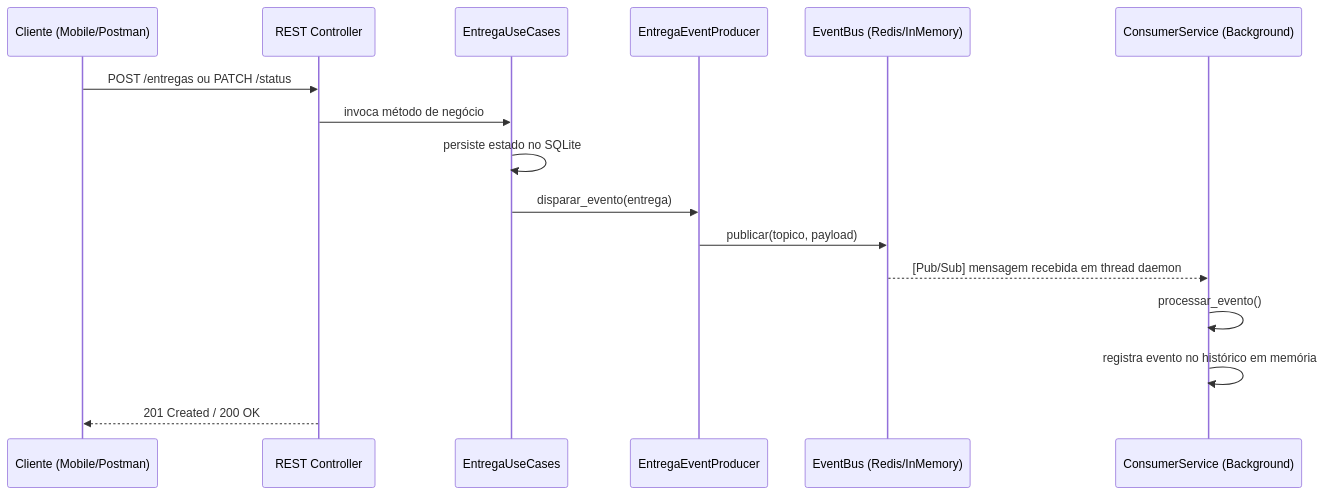
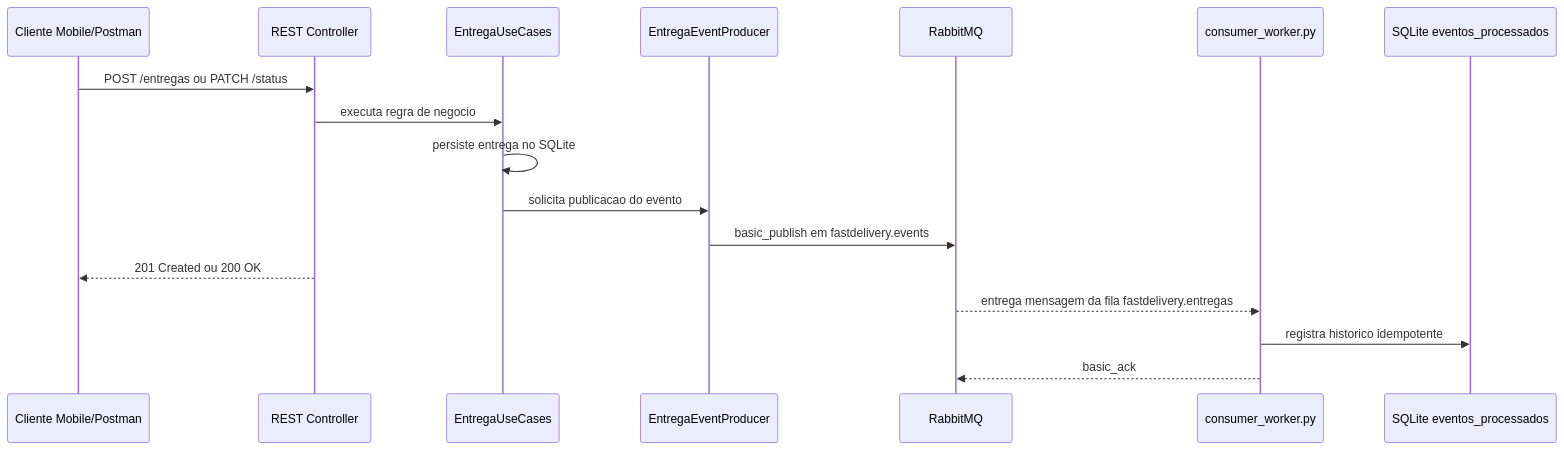
Before and after one commit to GiulianoLBP/Lab-DAMD: the diagram in docs/Sprint2/eventos.md, drawn with Mermaid. The commit also changed other lines of this file and 77 other files, not shown here.

````diff
--- a/docs/Sprint2/eventos.md
+++ b/docs/Sprint2/eventos.md
@@ -49,19 +70,20 @@
 ```mermaid
 sequenceDiagram
-    participant C as Cliente (Mobile/Postman)
+    participant C as Cliente Mobile/Postman
     participant R as REST Controller
     participant U as EntregaUseCases
     participant P as EntregaEventProducer
-    participant B as EventBus (Redis/InMemory)
-    participant S as ConsumerService (Background)
+    participant B as RabbitMQ
+    participant W as consumer_worker.py
+    participant H as SQLite eventos_processados
 
     C->>R: POST /entregas ou PATCH /status
-    R->>U: invoca método de negócio
-    U->>U: persiste estado no SQLite
-    U->>P: disparar_evento(entrega)
-    P->>B: publicar(topico, payload)
-    B-->>S: [Pub/Sub] mensagem recebida em thread daemon
-    S->>S: processar_evento()
-    S->>S: registra evento no histórico em memória
-    R-->>C: 201 Created / 200 OK
+    R->>U: executa regra de negocio
+    U->>U: persiste entrega no SQLite
+    U->>P: solicita publicacao do evento
+    P->>B: basic_publish em fastdelivery.events
+    R-->>C: 201 Created ou 200 OK
+    B-->>W: entrega mensagem da fila fastdelivery.entregas
+    W->>H: registra historico idempotente
+    W-->>B: basic_ack
 ```
````
